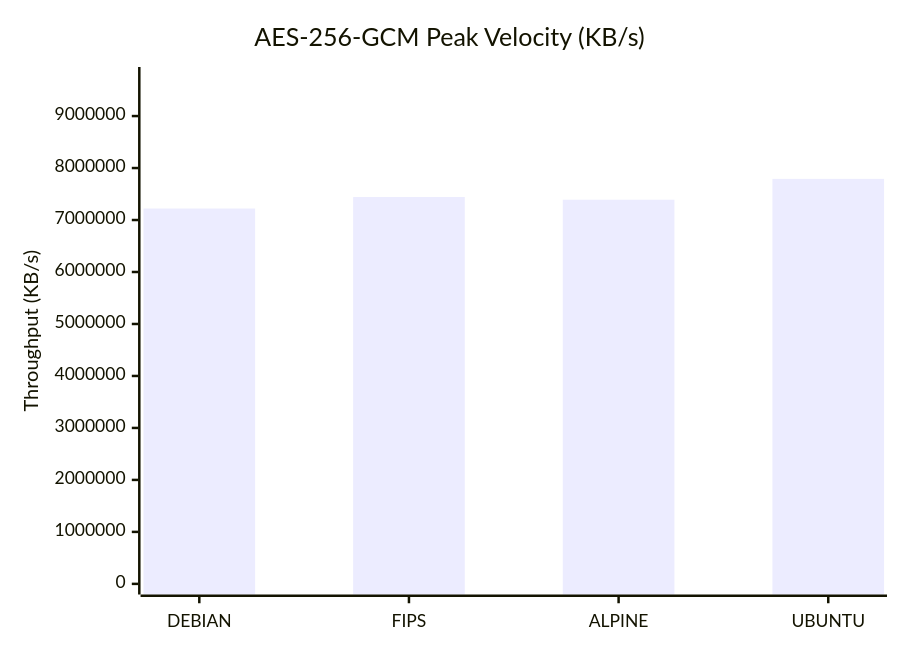
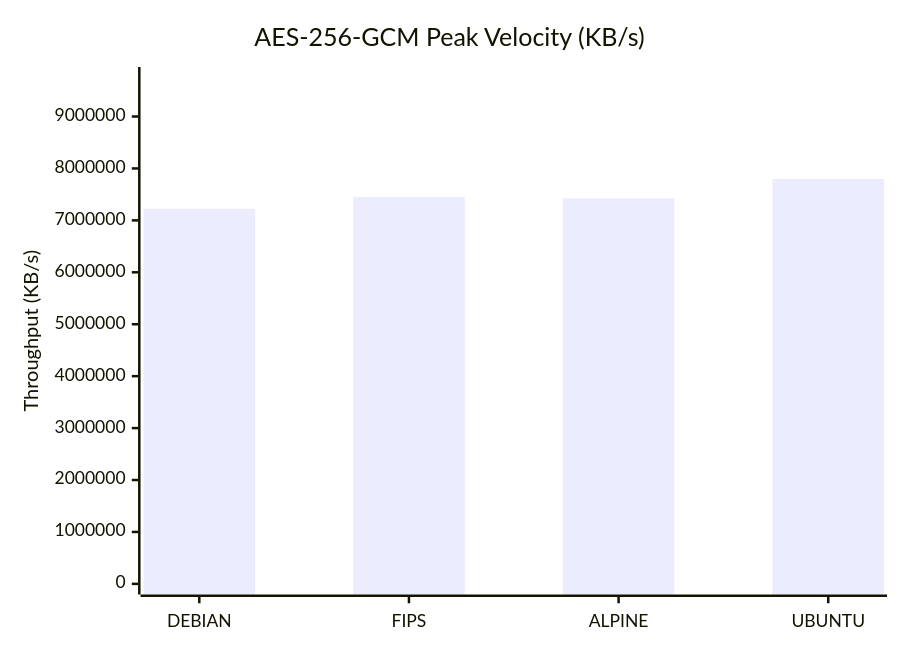
The first of 9 diagrams in docs/Comparison_Report.md (taha2samy/openssl_fips), drawn with Mermaid before and after one commit. The commit also changed other lines of this file and 2 other files, not shown here.

````diff
--- a/docs/Comparison_Report.md
+++ b/docs/Comparison_Report.md
@@ -56,7 +56,7 @@
 ```mermaid
 xychart-beta
     title "AES-256-GCM Peak Velocity (KB/s)"
     x-axis [DEBIAN, FIPS, ALPINE, UBUNTU]
-    y-axis "Throughput (KB/s)" 0 --> 9739284
-    bar [7220674.56, 7442366.46, 7389978.62, 7791427.58]
+    y-axis "Throughput (KB/s)" 0 --> 9748940
+    bar [7221968.9, 7449133.06, 7424761.86, 7799152.64]
 ```
````
